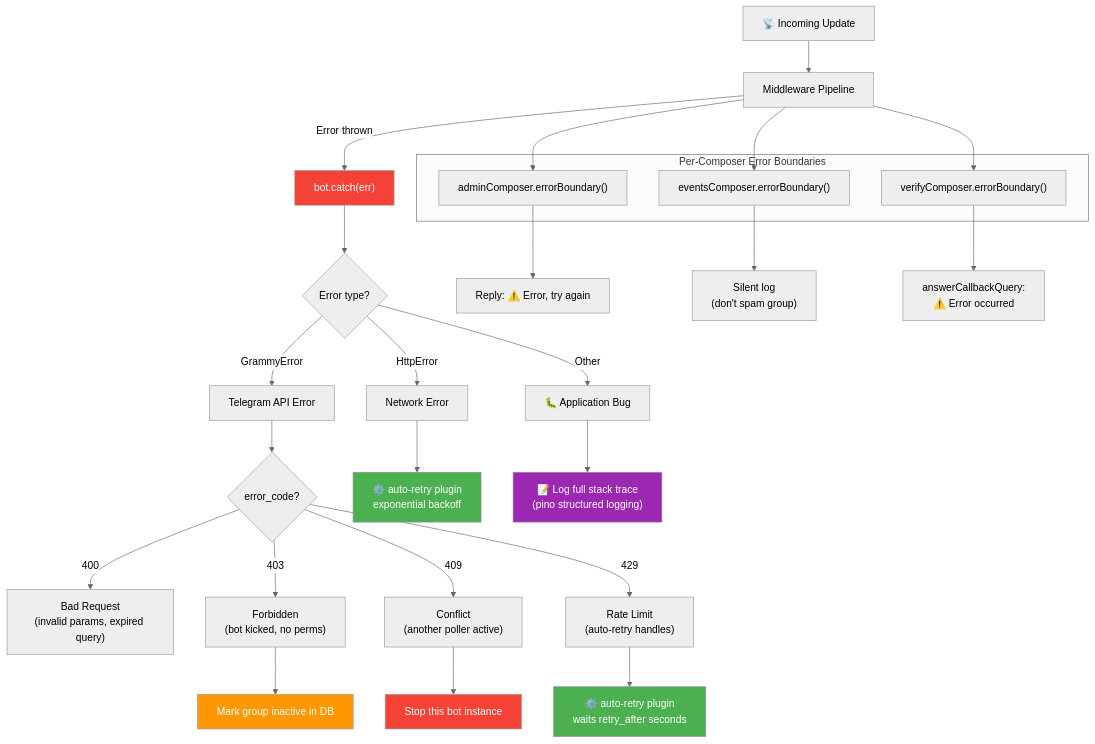
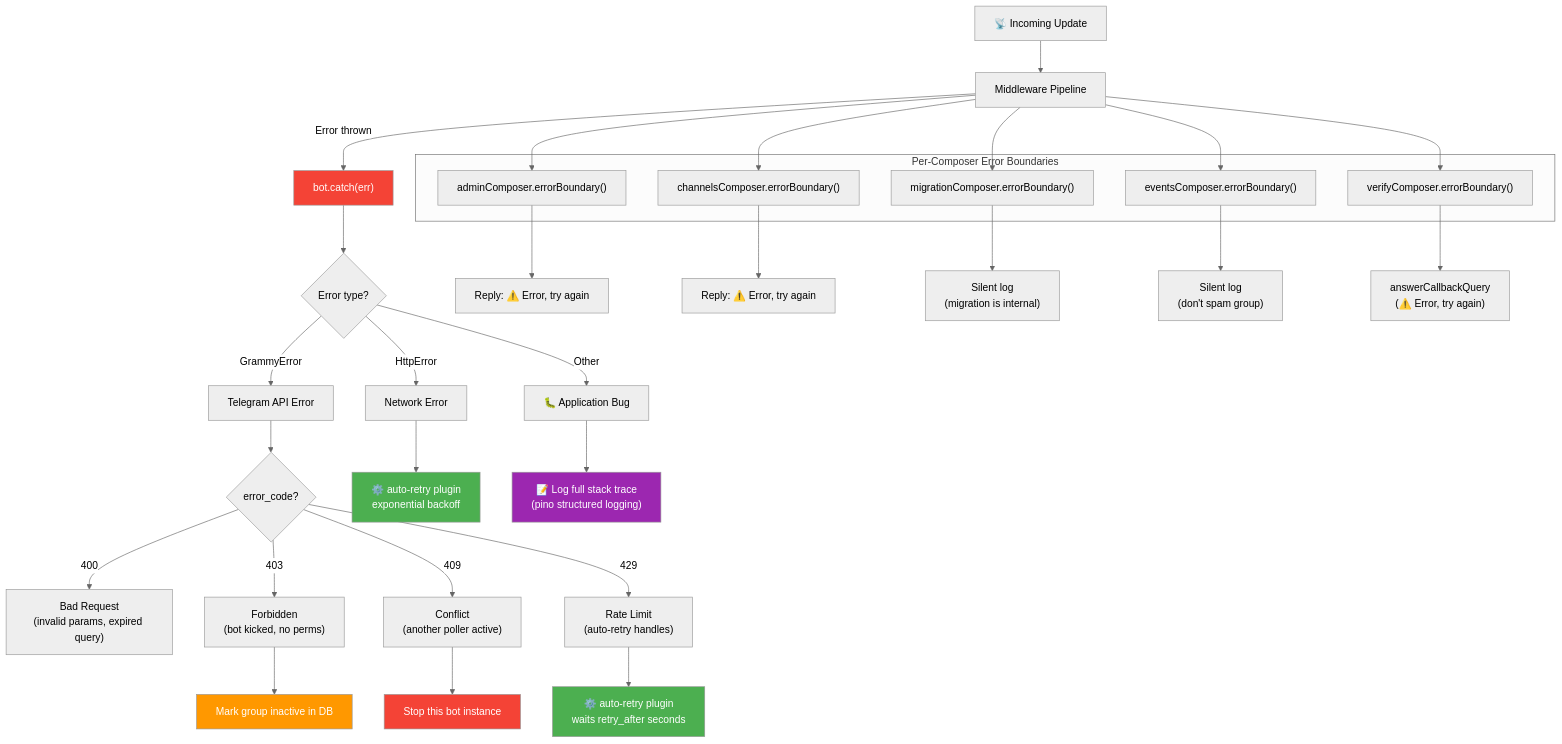
The seventh of 7 diagrams in GRAMMY_AUDIT_PLAN.md (mohdakil2426/Nezuko-Telegram-Bot), drawn with Mermaid (neutral theme) before and after one commit. The commit also changed other lines of this file, not shown here.

````diff
--- a/GRAMMY_AUDIT_PLAN.md
+++ b/GRAMMY_AUDIT_PLAN.md
@@ -2234,47 +2725,53 @@
 ```mermaid
 flowchart TD
     Update["📡 Incoming Update"] --> MW["Middleware Pipeline"]
 
     MW --> |"Error thrown"| BotCatch["bot.catch(err)"]
 
     BotCatch --> TypeCheck{"Error type?"}
 
     TypeCheck -->|"GrammyError"| APIError["Telegram API Error"]
     TypeCheck -->|"HttpError"| NetError["Network Error"]
     TypeCheck -->|"Other"| BugError["🐛 Application Bug"]
 
     APIError --> CodeCheck{"error_code?"}
     CodeCheck -->|"400"| BadRequest["Bad Request<br/>(invalid params, expired query)"]
     CodeCheck -->|"403"| Forbidden["Forbidden<br/>(bot kicked, no perms)"]
     CodeCheck -->|"409"| Conflict["Conflict<br/>(another poller active)"]
     CodeCheck -->|"429"| RateLimit["Rate Limit<br/>(auto-retry handles)"]
 
     Forbidden --> MarkInactive["Mark group inactive in DB"]
     Conflict --> StopBot["Stop this bot instance"]
     RateLimit --> AutoRetry["⚙️ auto-retry plugin<br/>waits retry_after seconds"]
 
     NetError --> RetryNet["⚙️ auto-retry plugin<br/>exponential backoff"]
 
     BugError --> LogError["📝 Log full stack trace<br/>(pino structured logging)"]
 
     subgraph "Per-Composer Error Boundaries"
         EB1["adminComposer.errorBoundary()"]
-        EB2["eventsComposer.errorBoundary()"]
-        EB3["verifyComposer.errorBoundary()"]
+        EB2["channelsComposer.errorBoundary()"]
+        EB3["migrationComposer.errorBoundary()"]
+        EB4["eventsComposer.errorBoundary()"]
+        EB5["verifyComposer.errorBoundary()"]
     end
 
     EB1 --> UserMsg1["Reply: ⚠️ Error, try again"]
-    EB2 --> SilentLog["Silent log<br/>(don't spam group)"]
-    EB3 --> UserMsg3["answerCallbackQuery:<br/>⚠️ Error occurred"]
+    EB2 --> UserMsg2["Reply: ⚠️ Error, try again"]
+    EB3 --> SilentLog1["Silent log<br/>(migration is internal)"]
+    EB4 --> SilentLog2["Silent log<br/>(don't spam group)"]
+    EB5 --> Callback["answerCallbackQuery<br/>(⚠️ Error, try again)"]
 
     MW --> EB1
     MW --> EB2
     MW --> EB3
+    MW --> EB4
+    MW --> EB5
 
     style BotCatch fill:#f44336,color:#fff
     style AutoRetry fill:#4CAF50,color:#fff
     style RetryNet fill:#4CAF50,color:#fff
     style MarkInactive fill:#FF9800,color:#fff
     style StopBot fill:#f44336,color:#fff
     style LogError fill:#9C27B0,color:#fff
 ```
````
